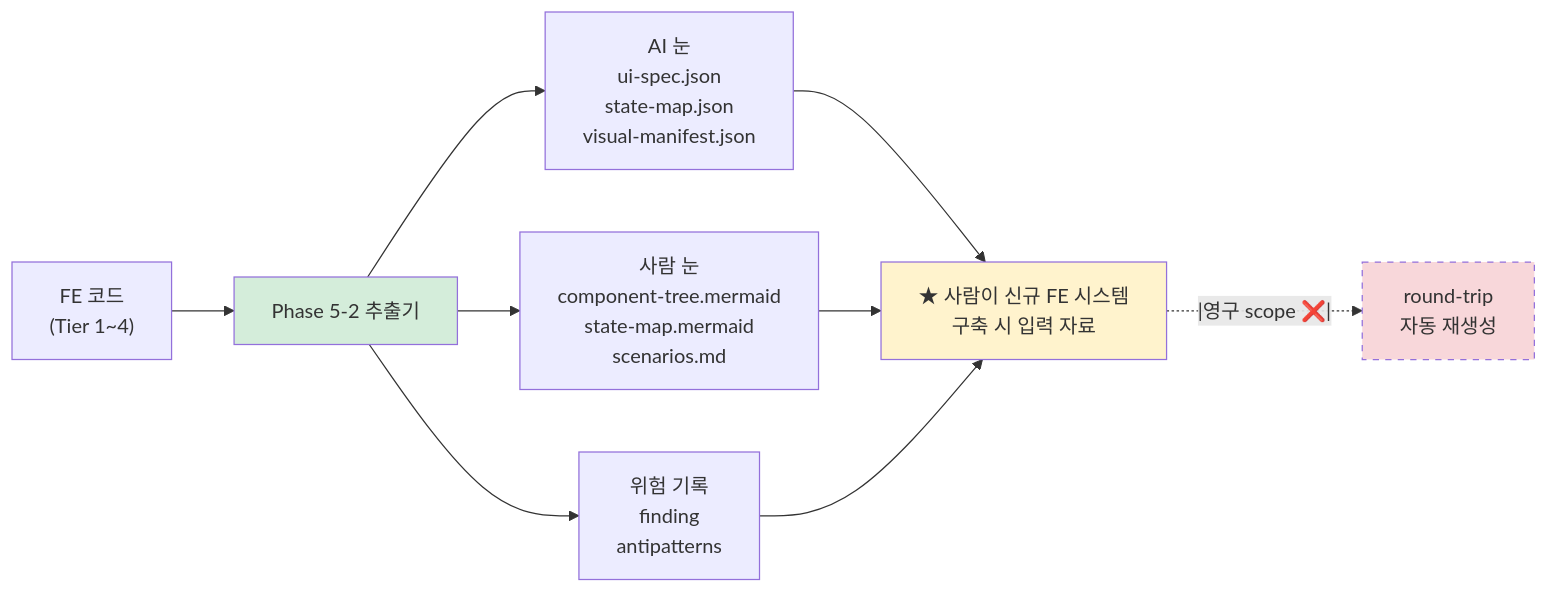
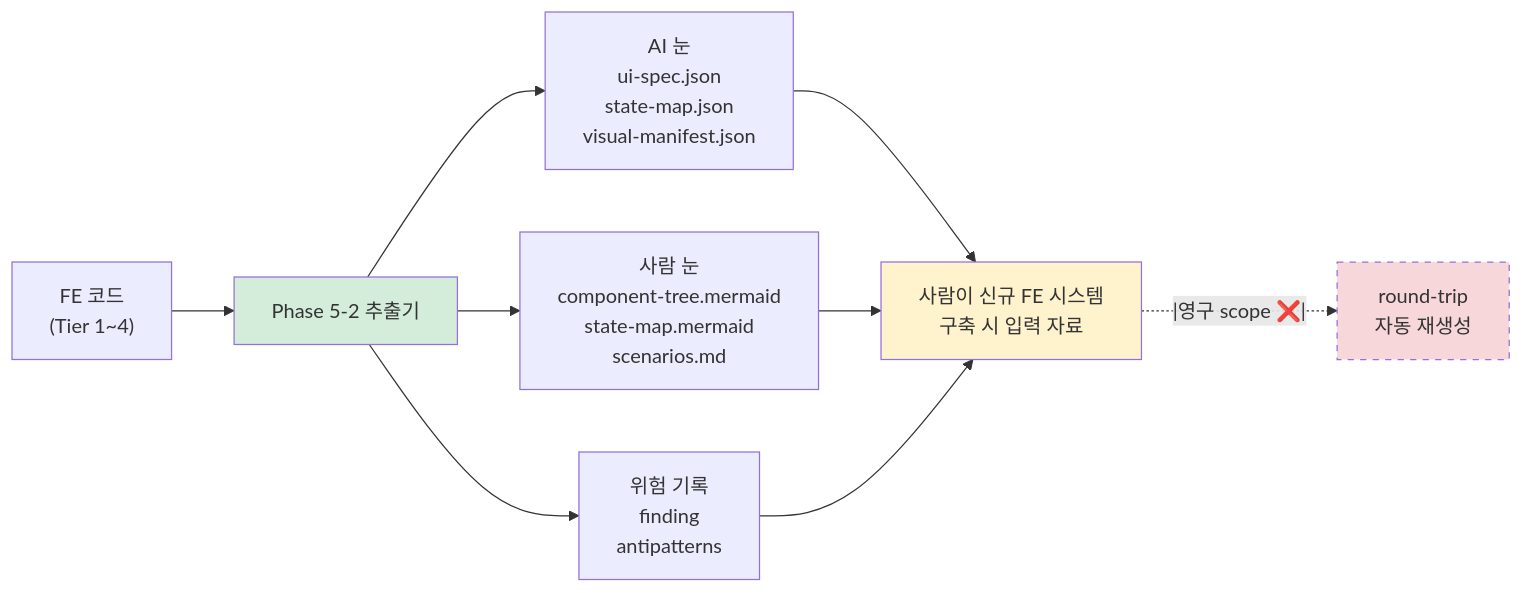
One commit to rageboom/ai-native-methodology changed the diagram in ai-native-methodology/docs/adr/ADR-FE-001-FE-추출기-가정.md. Above: the diagram before and after it, drawn with Mermaid. The commit also changed other lines of this file and 1659 other files, not shown here.

````diff
--- a/ai-native-methodology/docs/adr/ADR-FE-001-FE-추출기-가정.md
+++ b/ai-native-methodology/docs/adr/ADR-FE-001-FE-추출기-가정.md
@@ -112,20 +115,20 @@
 ```mermaid
 flowchart LR
     SRC["FE 코드<br/>(Tier 1~4)"]
 
     SRC --> EXT["Phase 5-2 추출기"]
 
     EXT --> A["AI 눈<br/>ui-spec.json<br/>state-map.json<br/>visual-manifest.json"]
     EXT --> H["사람 눈<br/>component-tree.mermaid<br/>state-map.mermaid<br/>scenarios.md"]
     EXT --> R["위험 기록<br/>finding<br/>antipatterns"]
 
-    A --> USE["★ 사람이 신규 FE 시스템<br/>구축 시 입력 자료"]
+    A --> USE["사람이 신규 FE 시스템<br/>구축 시 입력 자료"]
     H --> USE
     R --> USE
 
     USE -.|영구 scope ❌|.-> RT["round-trip<br/>자동 재생성"]
 
     style EXT fill:#d4edda
     style USE fill:#fff3cd
     style RT fill:#f8d7da,stroke-dasharray:5
 ```
````
